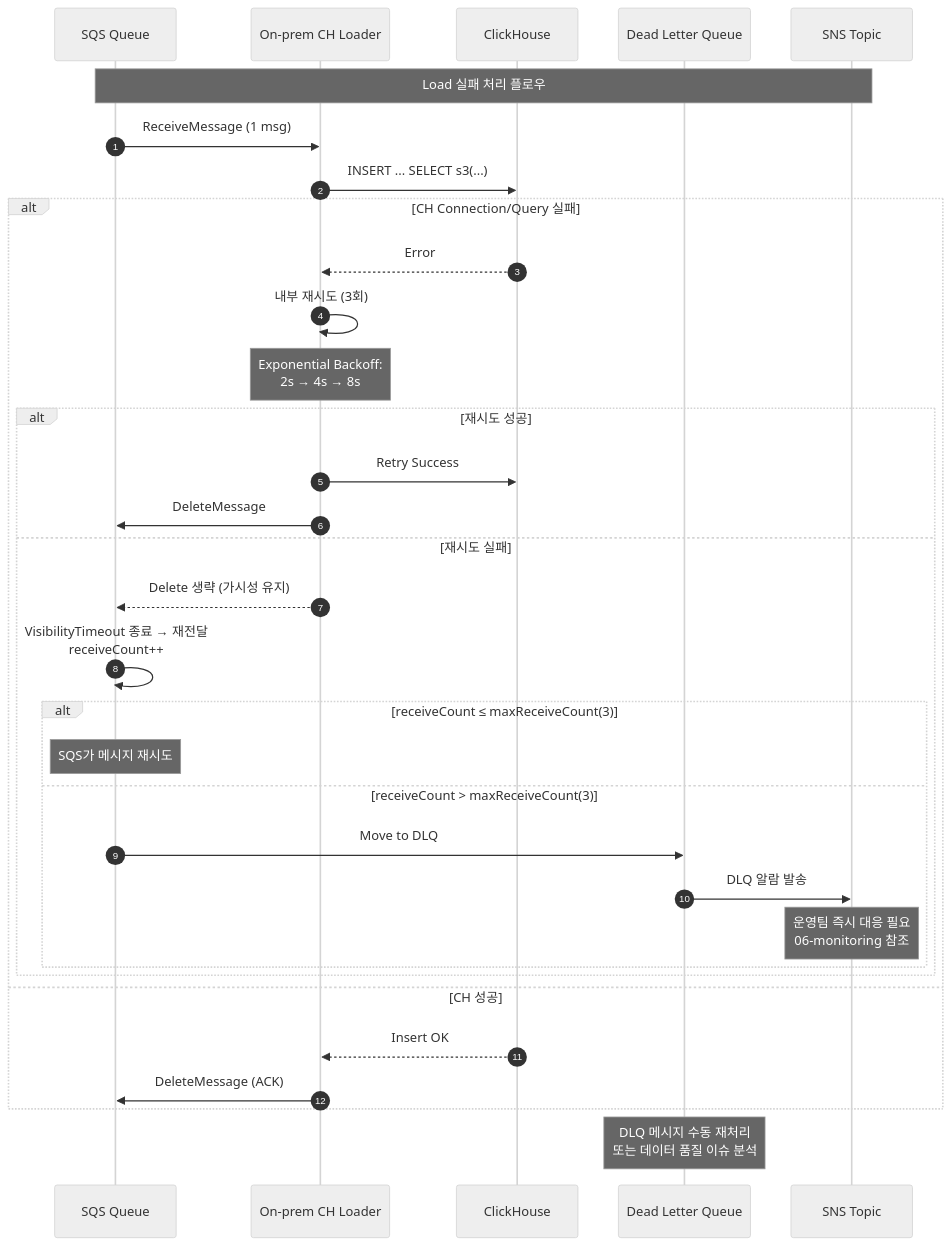
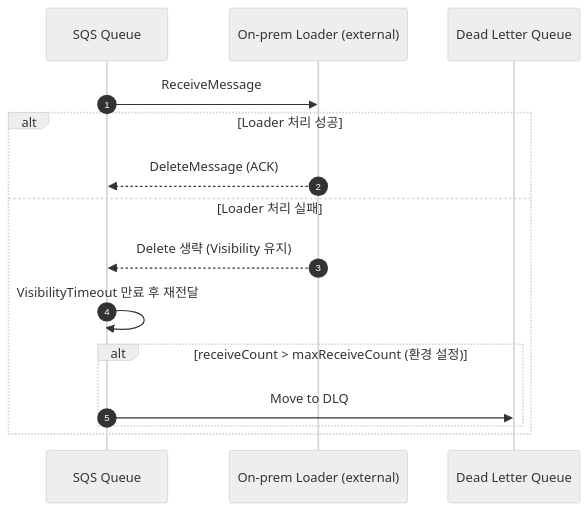
Before and after one commit to keemgdeok/fin-forge-pipeline: the diagram in docs/diagrams/load/04-retry-and-dlq.md, drawn with Mermaid (neutral theme). The commit also changed other lines of this file and 35 other files, not shown here.

Commit message:
docs: refresh diagrams

````diff
--- a/docs/diagrams/load/04-retry-and-dlq.md
+++ b/docs/diagrams/load/04-retry-and-dlq.md
@@ -3,40 +3,18 @@
 ```mermaid
 sequenceDiagram
   autonumber
   participant SQS as SQS Queue
-  participant AGT as On‑prem CH Loader
-  participant CH as ClickHouse
+  participant AGT as On‑prem Loader (external)
   participant DLQ as Dead Letter Queue
-  participant SNS as SNS Topic
 
-  Note over SQS,SNS: Load 실패 처리 플로우
-  
-  SQS->>AGT: ReceiveMessage (1 msg)
-  AGT->>CH: INSERT ... SELECT s3(...)
-  alt CH Connection/Query 실패
-    CH-->>AGT: Error
-    AGT->>AGT: 내부 재시도 (3회)
-    Note over AGT: Exponential Backoff:<br/>2s → 4s → 8s
-    
-    alt 재시도 성공
-      AGT->>CH: Retry Success
-      AGT->>SQS: DeleteMessage
-    else 재시도 실패
-      AGT-->>SQS: Delete 생략 (가시성 유지)
-      SQS->>SQS: VisibilityTimeout 종료 → 재전달<br/>receiveCount++
-      
-      alt receiveCount ≤ maxReceiveCount(3)
-        Note over SQS: SQS가 메시지 재시도
-      else receiveCount > maxReceiveCount(3)
-        SQS->>DLQ: Move to DLQ
-        DLQ->>SNS: DLQ 알람 발송
-        Note over SNS: 운영팀 즉시 대응 필요<br/>06-monitoring 참조
-      end
+  SQS->>AGT: ReceiveMessage
+  alt Loader 처리 성공
+    AGT-->>SQS: DeleteMessage (ACK)
+  else Loader 처리 실패
+    AGT-->>SQS: Delete 생략 (Visibility 유지)
+    SQS->>SQS: VisibilityTimeout 만료 후 재전달
+    alt receiveCount > maxReceiveCount (환경 설정)
+      SQS->>DLQ: Move to DLQ
     end
-  else CH 성공
-    CH-->>AGT: Insert OK
-    AGT->>SQS: DeleteMessage (ACK)
   end
-
-  Note over DLQ: DLQ 메시지 수동 재처리<br/>또는 데이터 품질 이슈 분석
 ```
````
